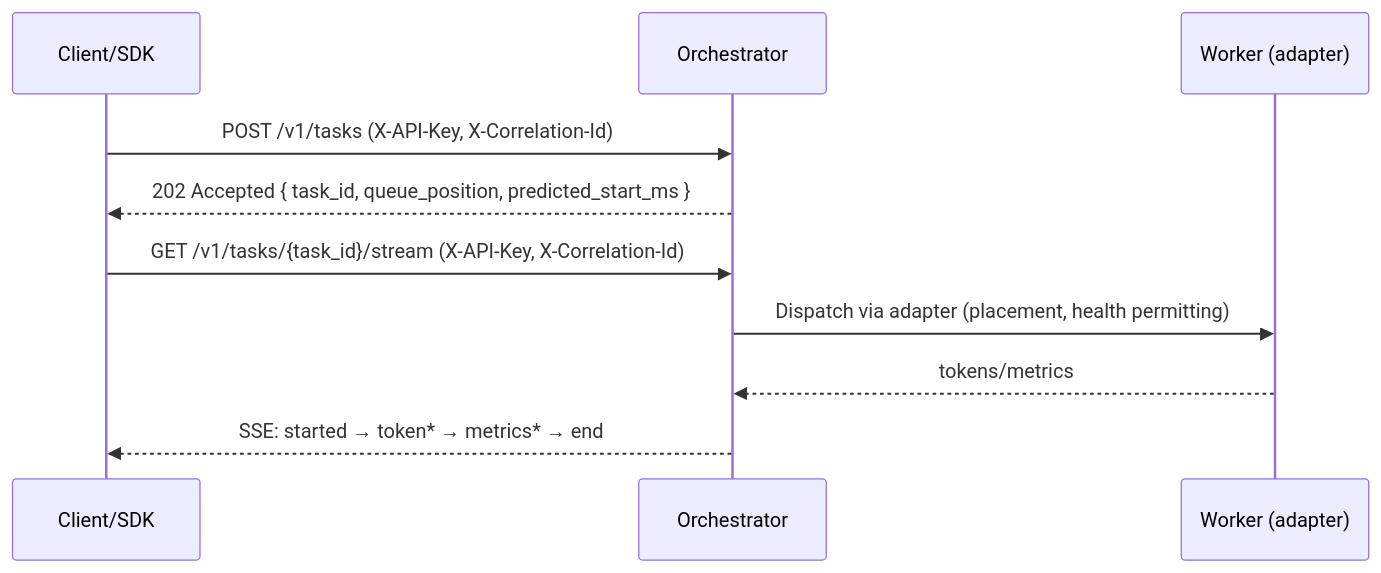
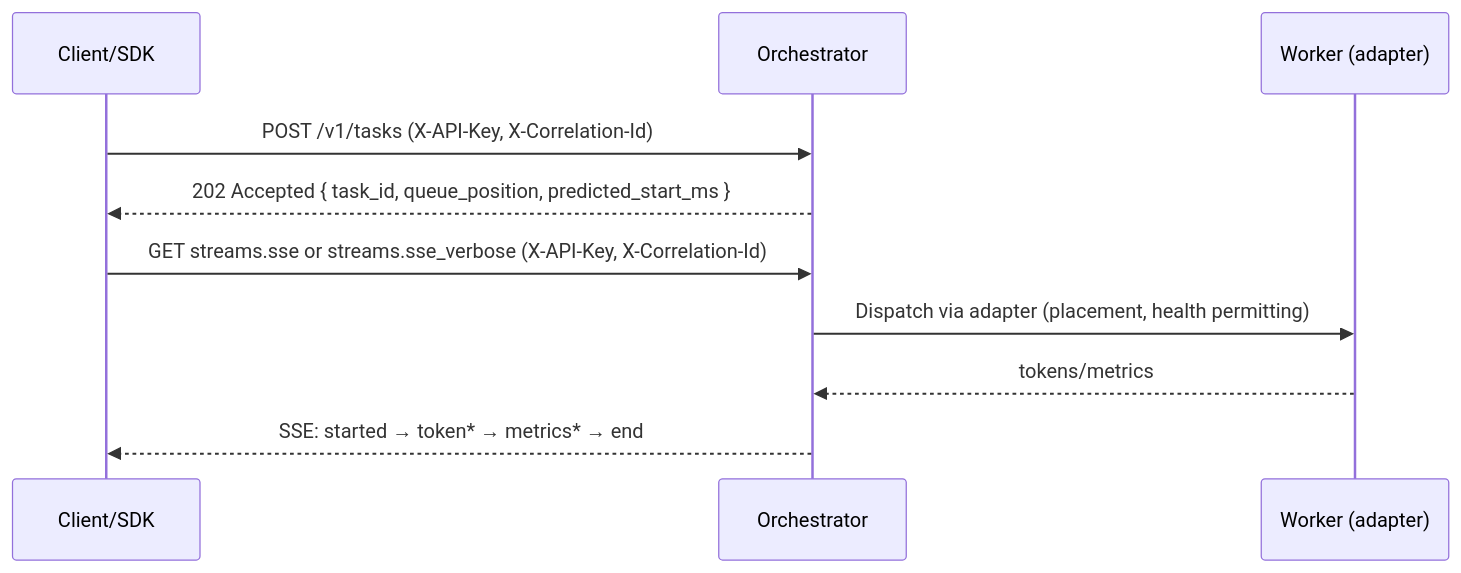
One commit to veighnsche/llama-orch changed the diagram in consumers/llama-orch-sdk/CLIENT_HANDBOOK.md. Above: the diagram before and after it, drawn with Mermaid. The commit also changed other lines of this file and 6 other files, not shown here.

Commit message:
feat: add verbose SSE streaming and preparation progress to admission response

````diff
--- a/consumers/llama-orch-sdk/CLIENT_HANDBOOK.md
+++ b/consumers/llama-orch-sdk/CLIENT_HANDBOOK.md
@@ -18,13 +25,13 @@
 ```mermaid
 sequenceDiagram
   participant C as Client/SDK
   participant O as Orchestrator
   participant W as Worker (adapter)
 
   C->>O: POST /v1/tasks (X-API-Key, X-Correlation-Id)
   O-->>C: 202 Accepted { task_id, queue_position, predicted_start_ms }
-  C->>O: GET /v1/tasks/{task_id}/stream (X-API-Key, X-Correlation-Id)
+  C->>O: GET streams.sse or streams.sse_verbose (X-API-Key, X-Correlation-Id)
   O->>W: Dispatch via adapter (placement, health permitting)
   W-->>O: tokens/metrics
   O-->>C: SSE: started → token* → metrics* → end
 ```
````
